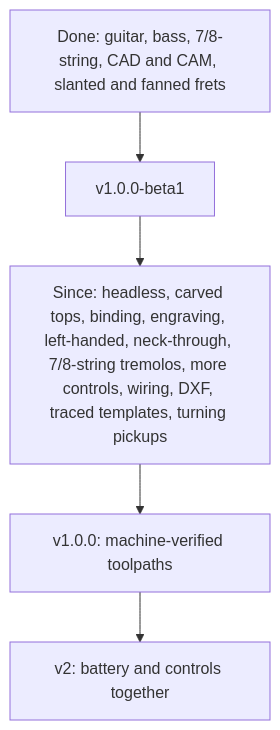
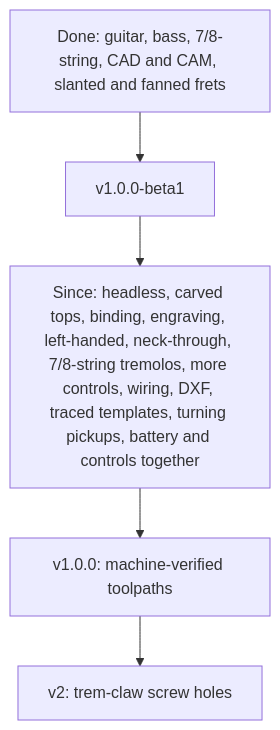
The diagram in ROADMAP.md (jolappi/CNCguitarwizard), drawn with Mermaid before and after one commit. The commit also changed other lines of this file and 6 other files, not shown here.

First line of the commit message:
feat: place the battery box and the controls together

````diff
--- a/ROADMAP.md
+++ b/ROADMAP.md
@@ -94,7 +91,7 @@
 ```mermaid
 flowchart TD
     Done["Done: guitar, bass, 7/8-string, CAD and CAM, slanted and fanned frets"] --> Beta["v1.0.0-beta1"]
-    Beta --> More["Since: headless, carved tops, binding, engraving, left-handed, neck-through, 7/8-string tremolos, more controls, wiring, DXF, traced templates, turning pickups"]
+    Beta --> More["Since: headless, carved tops, binding, engraving, left-handed, neck-through, 7/8-string tremolos, more controls, wiring, DXF, traced templates, turning pickups, battery and controls together"]
     More --> V1["v1.0.0: machine-verified toolpaths"]
-    V1 --> V2["v2: battery and controls together"]
+    V1 --> V2["v2: trem-claw screw holes"]
 ```
````
